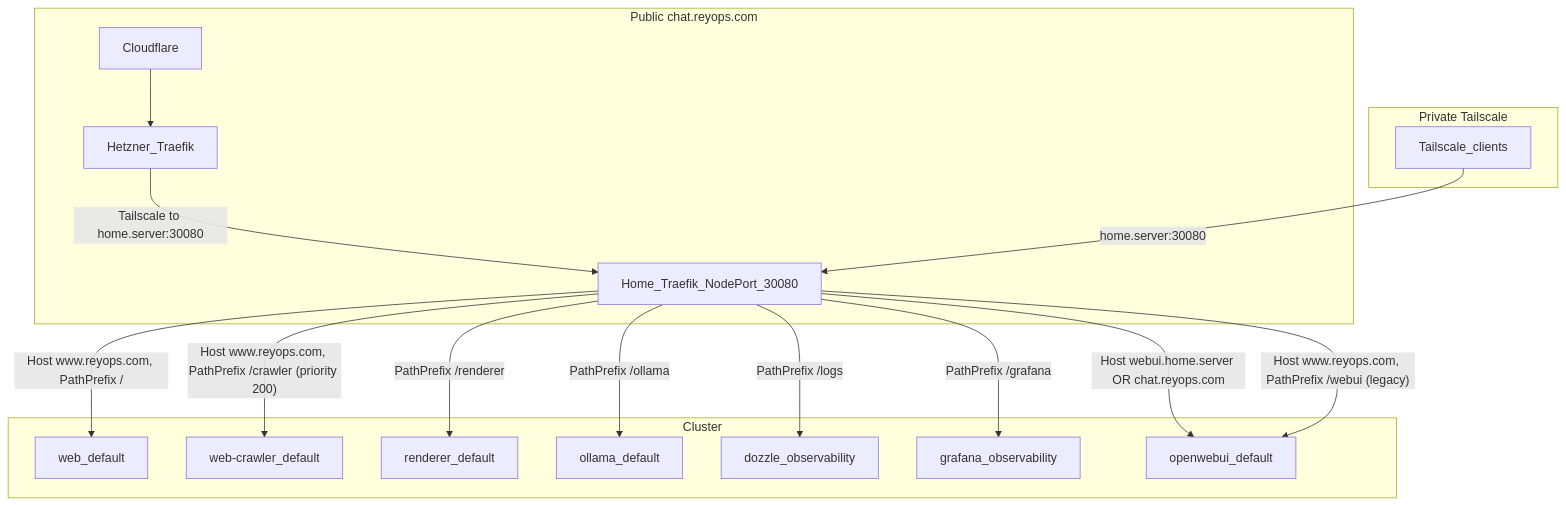
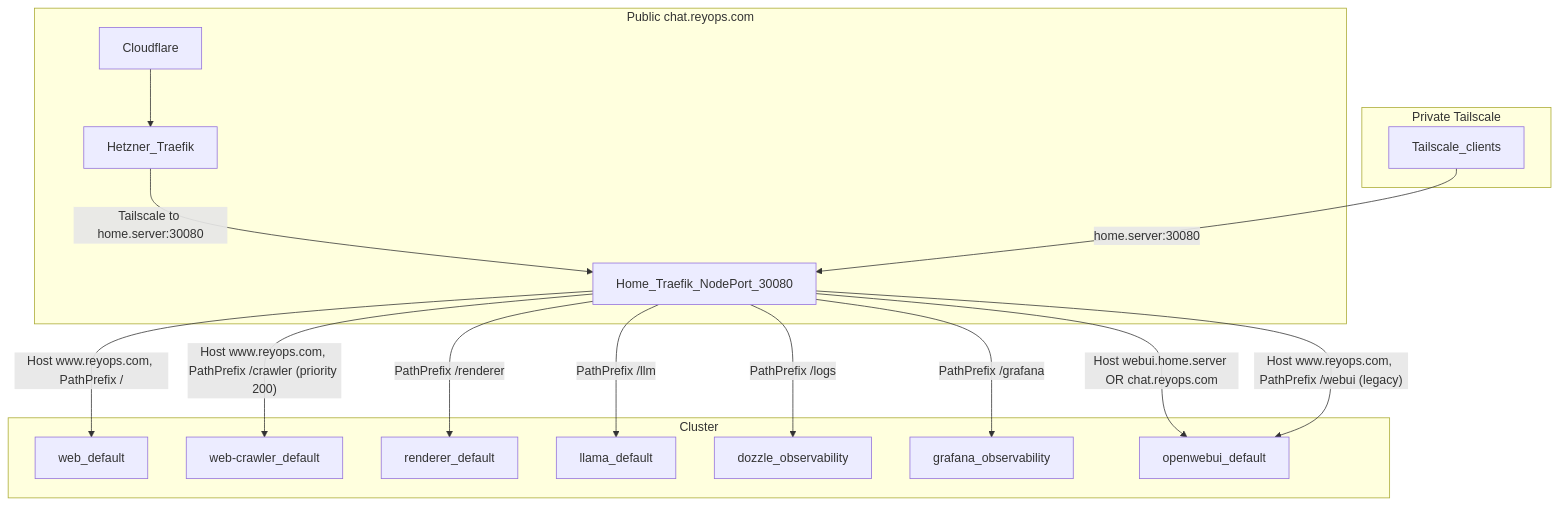
Before and after one commit to Caos-Ordenado/portfolio: the first of 2 diagrams in README.md, drawn with Mermaid. The commit also changed other lines of this file and 46 other files, not shown here.

First line of the commit message:
Replace Ollama with llama-swap + llama.cpp MoE offload

````diff
--- a/README.md
+++ b/README.md
@@ -45,33 +45,33 @@
 ```mermaid
 flowchart TB
   subgraph publicChat [Public chat.reyops.com]
     CF[Cloudflare] --> HZTraefik[Hetzner_Traefik]
     HZTraefik -->|"Tailscale to home.server:30080"| TraefikWeb
   end
 
   subgraph privateAccess [Private Tailscale]
     TailscaleVPN[Tailscale_clients] -->|"home.server:30080"| TraefikWeb
   end
 
   subgraph Cluster
     TraefikWeb[Home_Traefik_NodePort_30080]
 
     Web[web_default]
     WebCrawler[web-crawler_default]
     Renderer[renderer_default]
-    Ollama[ollama_default]
+    Llama[llama_default]
     Dozzle[dozzle_observability]
     Grafana[grafana_observability]
     OpenWebUI[openwebui_default]
   end
 
   TraefikWeb -->|"Host www.reyops.com, PathPrefix /"| Web
   TraefikWeb -->|"Host www.reyops.com, PathPrefix /crawler (priority 200)"| WebCrawler
   TraefikWeb -->|"PathPrefix /renderer"| Renderer
-  TraefikWeb -->|"PathPrefix /ollama"| Ollama
+  TraefikWeb -->|"PathPrefix /llm"| Llama
   TraefikWeb -->|"PathPrefix /logs"| Dozzle
   TraefikWeb -->|"PathPrefix /grafana"| Grafana
 
   TraefikWeb -->|"Host webui.home.server OR chat.reyops.com"| OpenWebUI
   TraefikWeb -->|"Host www.reyops.com, PathPrefix /webui (legacy)"| OpenWebUI
 ```
````
